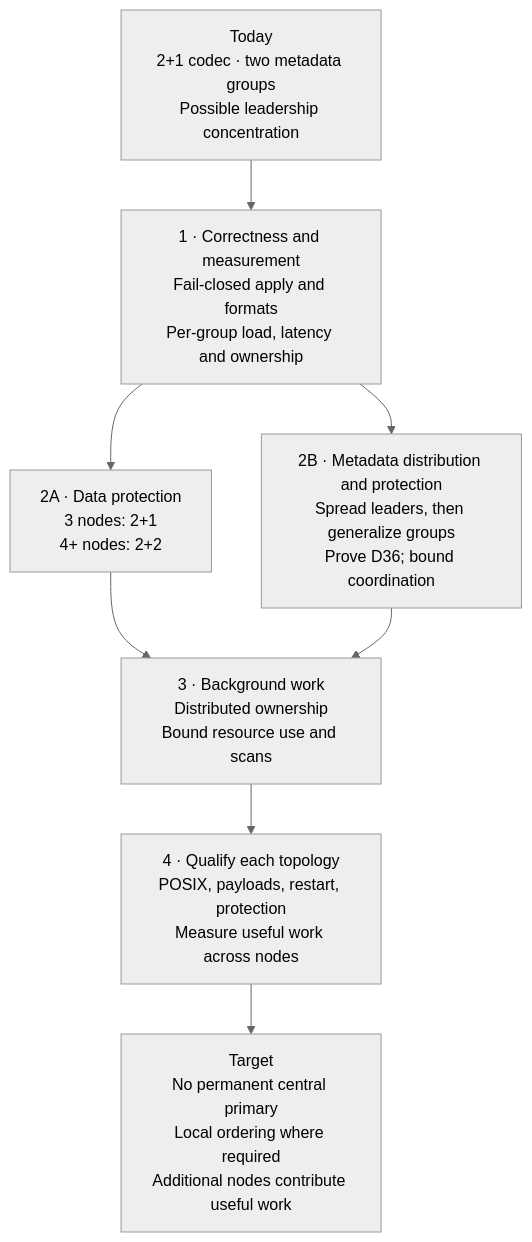
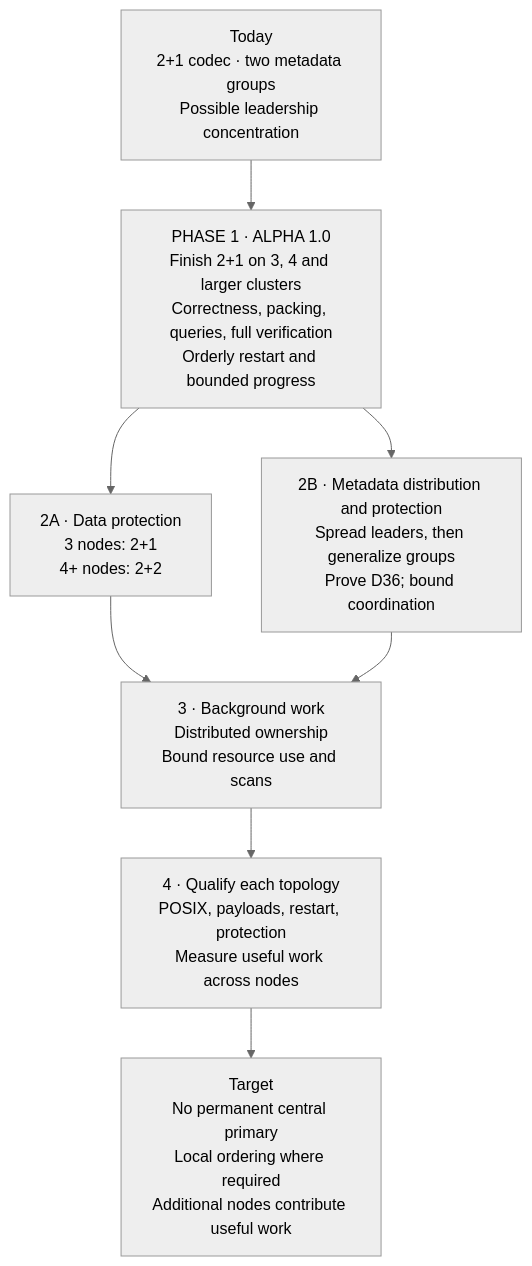
One commit to mit-orcd/efs changed the fourth of 4 diagrams in docs/status/distributed-cluster-roadmap-20261022.md. Above: the diagram before and after it, drawn with Mermaid (neutral theme). The commit also changed other lines of this file and 6 other files, not shown here.

````diff
--- a/docs/status/distributed-cluster-roadmap-20261022.md
+++ b/docs/status/distributed-cluster-roadmap-20261022.md
@@ -136,17 +145,17 @@
 ```mermaid
 flowchart TB
     NOW["Today<br/>2+1 codec · two metadata groups<br/>Possible leadership concentration"]
-    BASE["1 · Correctness and measurement<br/>Fail-closed apply and formats<br/>Per-group load, latency and ownership"]
+    BASE["PHASE 1 · ALPHA 1.0<br/>Finish 2+1 on 3, 4 and larger clusters<br/>Correctness, packing, queries, full verification<br/>Orderly restart and bounded progress"]
     DATA["2A · Data protection<br/>3 nodes: 2+1<br/>4+ nodes: 2+2"]
     META["2B · Metadata distribution and protection<br/>Spread leaders, then generalize groups<br/>Prove D36; bound coordination"]
     BG["3 · Background work<br/>Distributed ownership<br/>Bound resource use and scans"]
     GATE["4 · Qualify each topology<br/>POSIX, payloads, restart, protection<br/>Measure useful work across nodes"]
     TARGET["Target<br/>No permanent central primary<br/>Local ordering where required<br/>Additional nodes contribute useful work"]
     NOW --> BASE
     BASE --> DATA
     BASE --> META
     DATA --> BG
     META --> BG
     BG --> GATE
     GATE --> TARGET
 ```
````
